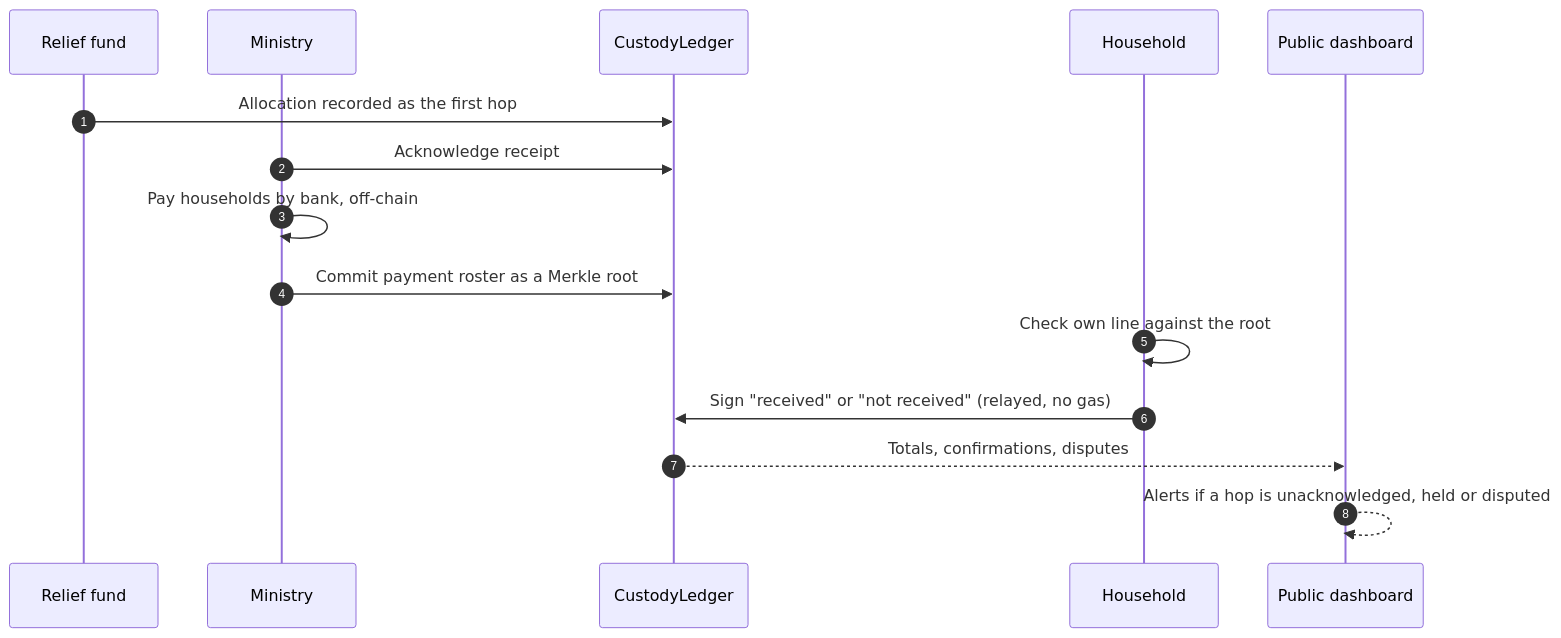
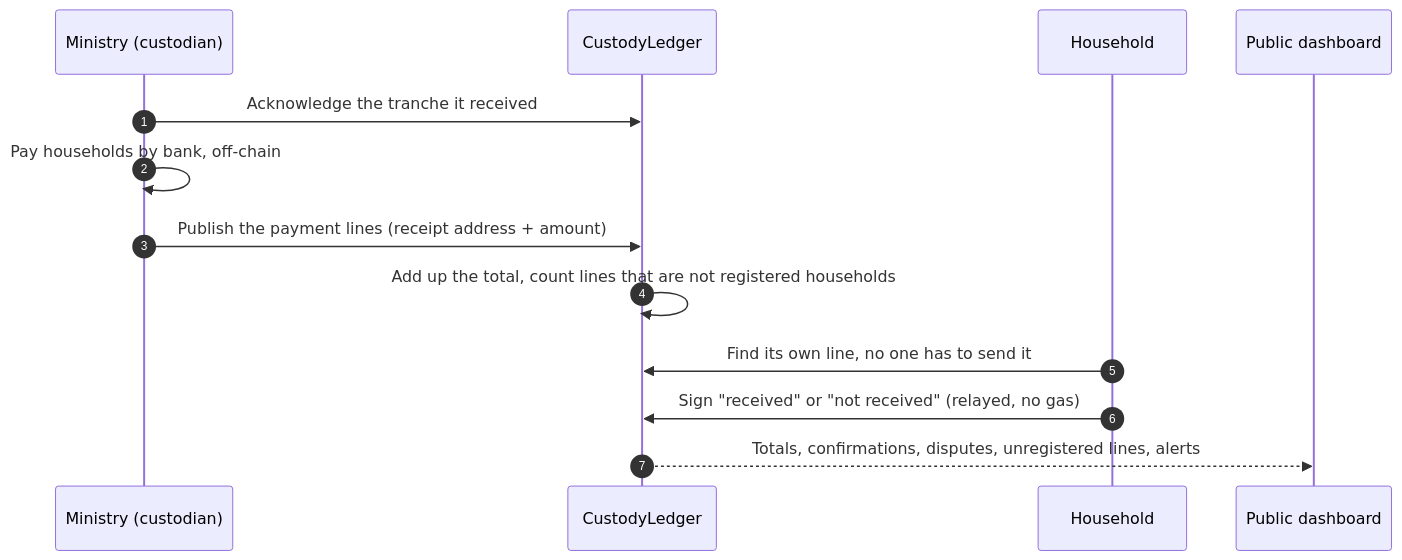
One commit to ZhenYan1214/kept changed the second of 2 diagrams in README.md. Above: the diagram before and after it, drawn with Mermaid. The commit also changed other lines of this file and 24 other files, not shown here.

First line of the commit message:
Publish payment lines; cooldown after a household veto

````diff
--- a/README.md
+++ b/README.md
@@ -145,17 +106,15 @@
 ```mermaid
 sequenceDiagram
   autonumber
-  participant F as Relief fund
-  participant M as Ministry
+  participant M as Ministry (custodian)
   participant L as CustodyLedger
   participant H as Household
   participant P as Public dashboard
-  F->>L: Allocation recorded as the first hop
-  M->>L: Acknowledge receipt
+  M->>L: Acknowledge the tranche it received
   M->>M: Pay households by bank, off-chain
-  M->>L: Commit payment roster as a Merkle root
-  H->>H: Check own line against the root
+  M->>L: Publish the payment lines (receipt address + amount)
+  L->>L: Add up the total, count lines that are not registered households
+  H->>L: Find its own line, no one has to send it
   H->>L: Sign "received" or "not received" (relayed, no gas)
-  L-->>P: Totals, confirmations, disputes
-  P-->>P: Alerts if a hop is unacknowledged, held or disputed
+  L-->>P: Totals, confirmations, disputes, unregistered lines, alerts
 ```
````
